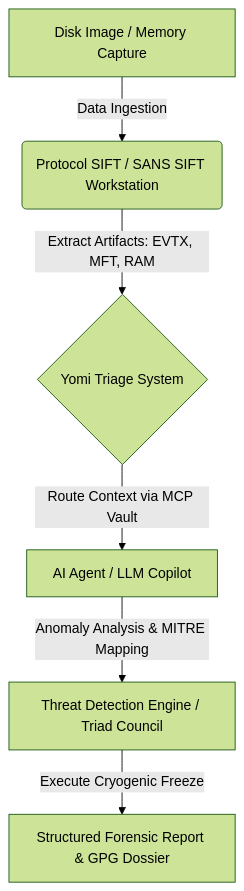
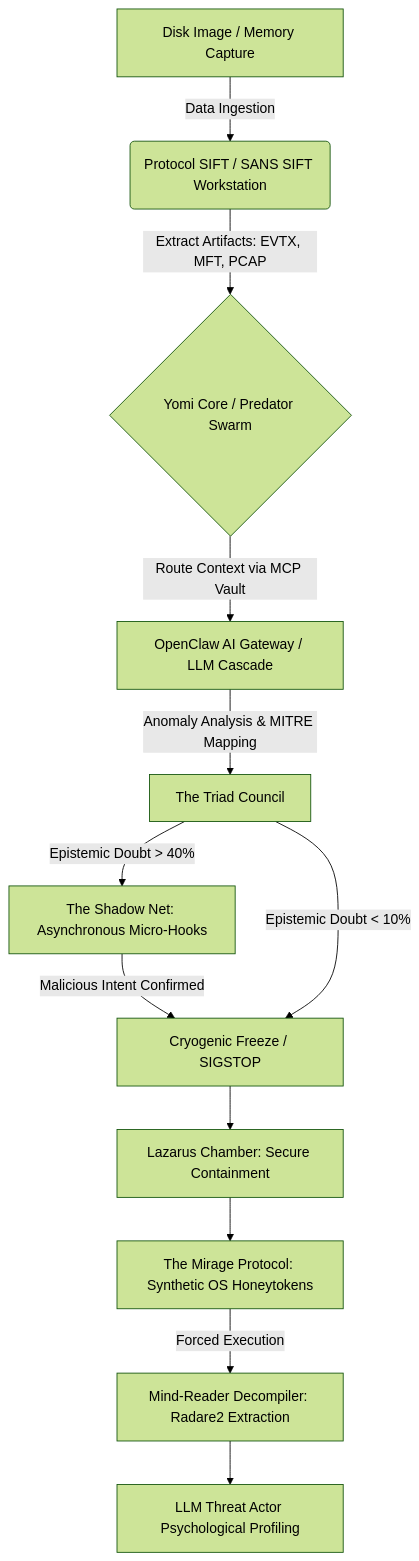
One commit to ArcVielLouvent/yomi-triage-system changed the first of 2 diagrams in README.md. Above: the diagram before and after it, drawn with Mermaid (forest theme). The commit also changed other lines of this file, not shown here.

Commit message:
Docs: Major README expansion. Added Phase 4 architecture diagrams, Triage Lifecycle async flows, Tactical Deception explanations, and extended modular boot instructions.

````diff
--- a/README.md
+++ b/README.md
@@ -20,9 +20,15 @@
 ```mermaid
 graph TD;
     A[Disk Image / Memory Capture] -->|Data Ingestion| B(Protocol SIFT / SANS SIFT Workstation)
-    B -->|Extract Artifacts: EVTX, MFT, RAM| C{Yomi Triage System}
-    C -->|Route Context via MCP Vault| D[AI Agent / LLM Copilot]
-    D -->|Anomaly Analysis & MITRE Mapping| E[Threat Detection Engine / Triad Council]
-    E -->|Execute Cryogenic Freeze| F[Structured Forensic Report & GPG Dossier]
+    B -->|Extract Artifacts: EVTX, MFT, PCAP| C{Yomi Core / Predator Swarm}
+    C -->|Route Context via MCP Vault| D[OpenClaw AI Gateway / LLM Cascade]
+    D -->|Anomaly Analysis & MITRE Mapping| E[The Triad Council]
+    E -->|Epistemic Doubt > 40%| F[The Shadow Net: Asynchronous Micro-Hooks]
+    F -->|Malicious Intent Confirmed| G[Cryogenic Freeze / SIGSTOP]
+    E -->|Epistemic Doubt < 10%| G
+    G --> H[Lazarus Chamber: Secure Containment]
+    H --> I[The Mirage Protocol: Synthetic OS Honeytokens]
+    I -->|Forced Execution| J[Mind-Reader Decompiler: Radare2 Extraction]
+    J --> K[LLM Threat Actor Psychological Profiling]
 
 ```
````
